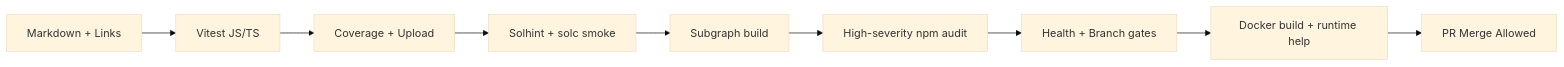
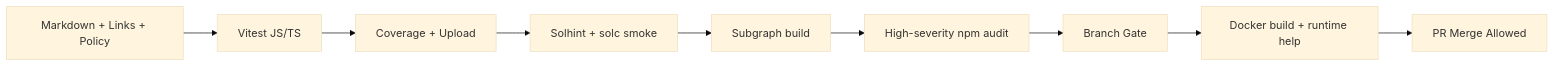
The third of 3 diagrams in README.md (MontrealAI/AGI-Alpha-Node-v0), drawn with Mermaid (base theme) before and after one commit. The commit also changed other lines of this file, not shown here.

````diff
--- a/README.md
+++ b/README.md
@@ -280,11 +198,11 @@
 ```mermaid
 flowchart LR
-  Lint[Markdown + Links] --> Tests[Vitest JS/TS]
+  Lint[Markdown + Links + Policy] --> Tests[Vitest JS/TS]
   Tests --> Coverage[Coverage + Upload]
   Coverage --> Solidity[Solhint + solc smoke]
   Solidity --> Subgraph[Subgraph build]
   Subgraph --> Security[High-severity npm audit]
-  Security --> Policy[Health + Branch gates]
-  Policy --> Docker[Docker build + runtime help]
+  Security --> Branch[Branch Gate]
+  Branch --> Docker[Docker build + runtime help]
   Docker --> Merge[PR Merge Allowed]
 ```
````
